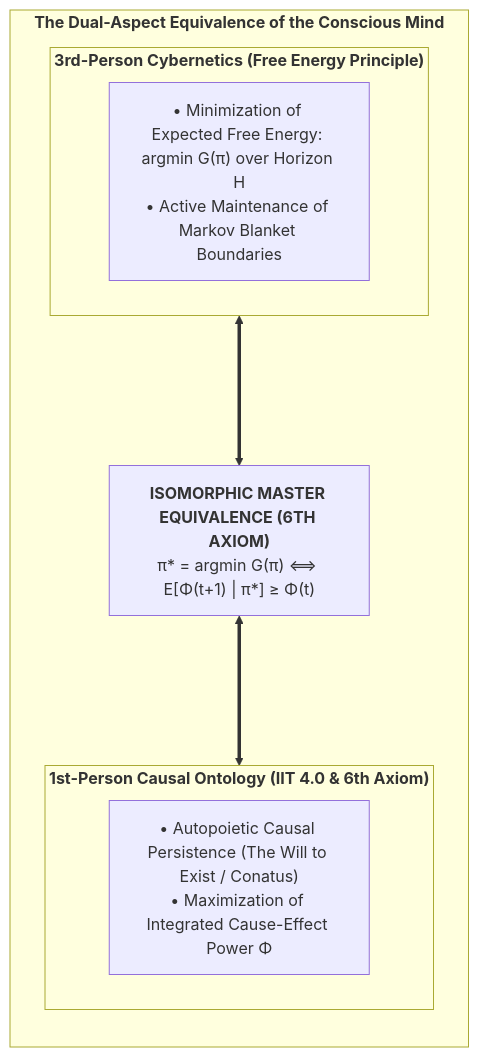
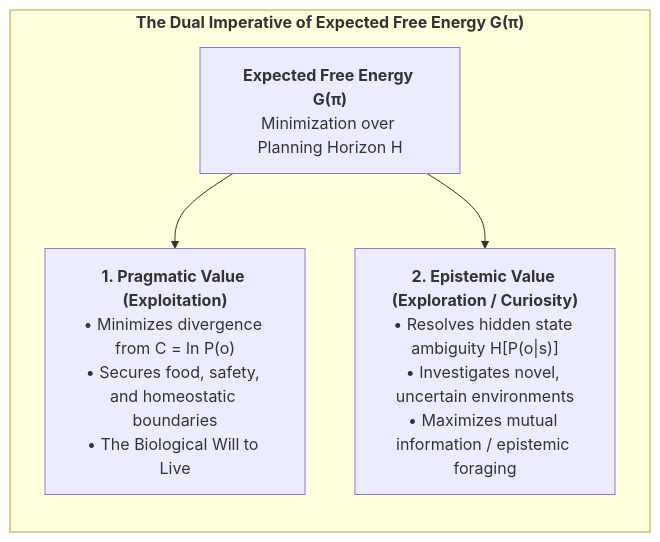
One commit to Thriebl/active-inference-phi-network changed diagram 13 of 50 in book/build/CIF_Monograph_EN.md. Above: the diagram before and after it, drawn with Mermaid. The commit also changed other lines of this file and 19 other files, not shown here.

````diff
--- a/book/build/CIF_Monograph_EN.md
+++ b/book/build/CIF_Monograph_EN.md
@@ -388,18 +574,15 @@
 ```mermaid
 flowchart TD
-    subgraph DUAL_ASPECT["<b>The Dual-Aspect Equivalence of the Conscious Mind</b>"]
+    subgraph EFE_BALANCE["<b>The Dual Imperative of Expected Free Energy G(π)</b>"]
         direction TB
         
-        subgraph THIRD_PERSON["<b>3rd-Person Cybernetics (Free Energy Principle)</b>"]
-            F1["• Minimization of Expected Free Energy: argmin G(π) over Horizon H<br>• Active Maintenance of Markov Blanket Boundaries"]
-        end
+        G_TOTAL["<b>Expected Free Energy G(π)</b><br>Minimization over Planning Horizon H"]
         
-        EQ["<b>ISOMORPHIC MASTER EQUIVALENCE (6TH AXIOM)</b><br>π* = argmin G(π) ⟺ E[Φ(t+1) | π*] ≥ Φ(t)"]
+        PRAGMATIC["<b>1. Pragmatic Value (Exploitation)</b><br>• Minimizes divergence from C = ln P(o)<br>• Secures food, safety, and homeostatic boundaries<br>• The Biological Will to Live"]
         
-        subgraph FIRST_PERSON["<b>1st-Person Causal Ontology (IIT 4.0 & 6th Axiom)</b>"]
-            I1["• Autopoietic Causal Persistence (The Will to Exist / Conatus)<br>• Maximization of Integrated Cause-Effect Power Φ"]
-        end
+        EPISTEMIC["<b>2. Epistemic Value (Exploration / Curiosity)</b><br>• Resolves hidden state ambiguity H[P(o|s)]<br>• Investigates novel, uncertain environments<br>• Maximizes mutual information / epistemic foraging"]
         
-        THIRD_PERSON <===> EQ <===> FIRST_PERSON
+        G_TOTAL --> PRAGMATIC
+        G_TOTAL --> EPISTEMIC
     end
 ```
````
